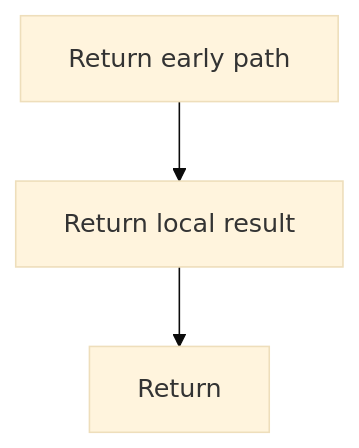
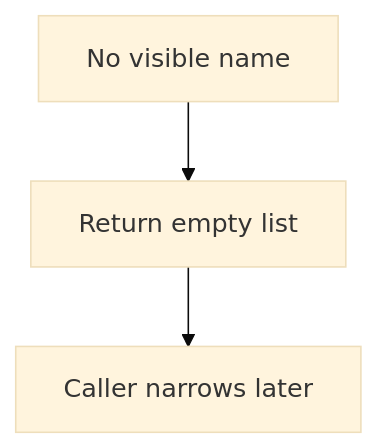
One commit to JohnAndrewBalbarosa/NeoTerritory changed the second of 2 diagrams in docs/Codebase/Microservice/Modules/Source/Analysis/ImplementationUse/Resolution/Symbols/Query/Flow/functions/find_functions_by_name.cpp.md. Above: the diagram before and after it, drawn with Mermaid (base theme). The commit also changed other lines of this file and 147 other files, not shown here.

````diff
--- a/docs/Codebase/Microservice/Modules/Source/Analysis/ImplementationUse/Resolution/Symbols/Query/Flow/functions/find_functions_by_name.cpp.md
+++ b/docs/Codebase/Microservice/Modules/Source/Analysis/ImplementationUse/Resolution/Symbols/Query/Flow/functions/find_functions_by_name.cpp.md
@@ -54,8 +63,8 @@
 ```mermaid
 flowchart TD
-    N0["Return early path"]
-    N1["Return local result"]
-    N2["Return"]
+    N0["No visible name"]
+    N1["Return empty list"]
+    N2["Caller narrows later"]
     N0 --> N1
     N1 --> N2
 ```
````
